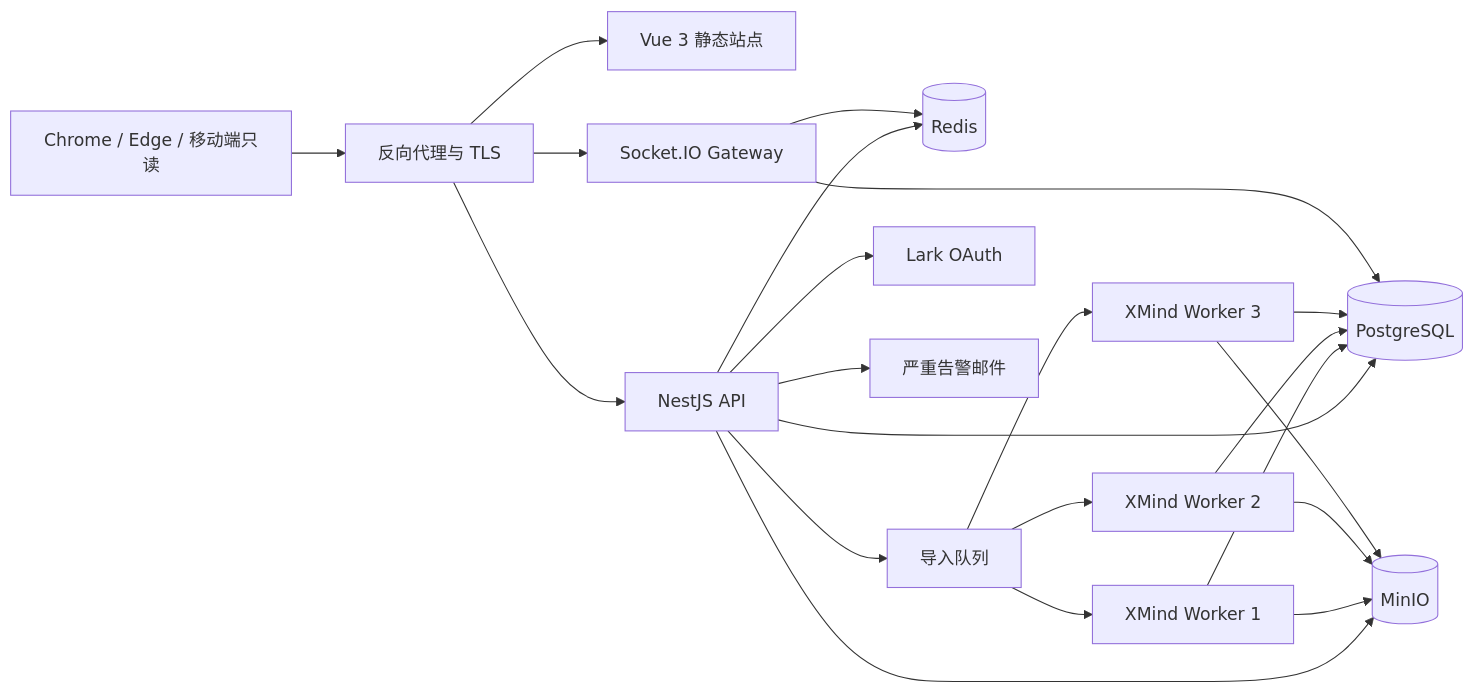
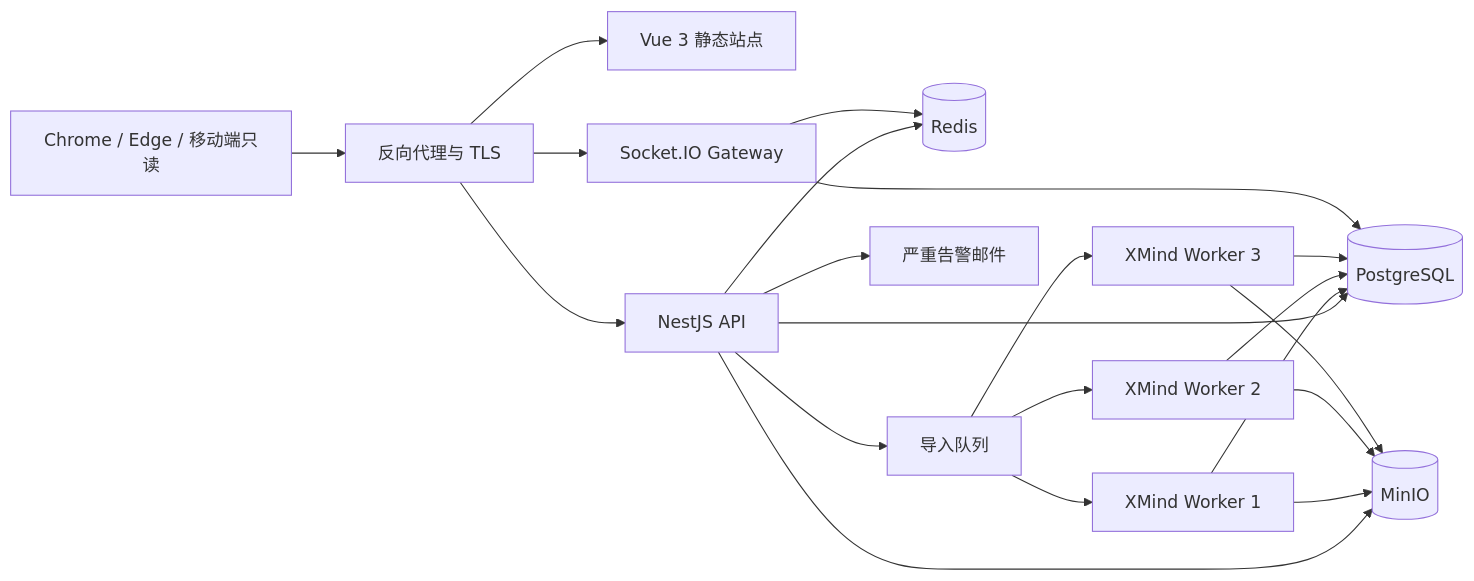
The first of 3 diagrams in docs/02-技术架构方案.md (Evan-Hz28/share-mind-map), drawn with Mermaid before and after one commit. The commit also changed other lines of this file and 1 other file, not shown here.

````diff
--- a/docs/02-技术架构方案.md
+++ b/docs/02-技术架构方案.md
@@ -36,24 +36,23 @@
 ```mermaid
 flowchart LR
     U[Chrome / Edge / 移动端只读] --> RP[反向代理与 TLS]
     RP --> WEB[Vue 3 静态站点]
     RP --> API[NestJS API]
     RP --> WS[Socket.IO Gateway]
     API --> PG[(PostgreSQL)]
     API --> RD[(Redis)]
     API --> MO[(MinIO)]
     API --> IQ[导入队列]
     IQ --> W1[XMind Worker 1]
     IQ --> W2[XMind Worker 2]
     IQ --> W3[XMind Worker 3]
     W1 --> PG
     W1 --> MO
     W2 --> PG
     W2 --> MO
     W3 --> PG
     W3 --> MO
-    API --> LK[Lark OAuth]
     API --> EM[严重告警邮件]
     WS --> RD
     WS --> PG
 ```
````
